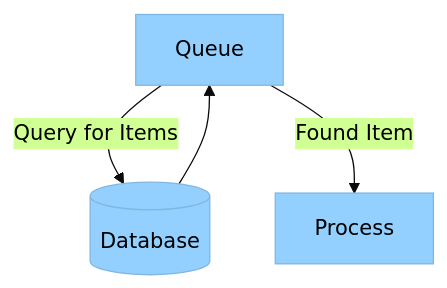
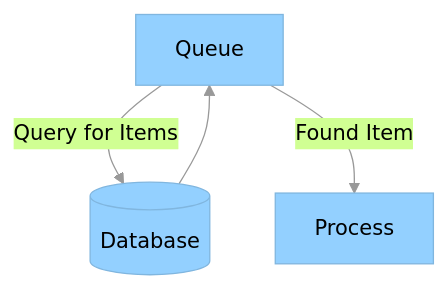
The first of 4 diagrams in README.md (borland/gh-mermaid-test), drawn with Mermaid before and after one commit.

Commit message:
Try force background color

````diff
--- a/README.md
+++ b/README.md
@@ -3,16 +3,16 @@
 ```mermaid
 %%{
   init: {
     'theme': 'base',
     'themeVariables': {
       'primaryColor': '#93D0FF',
       'primaryTextColor': '#000',
-      'background': '#f4f4f4'
+      'background': '#666'
     }
   }
 }%%
 flowchart TD;
     queue[Queue] -- Query for Items --> db[(Database)]
     db --> queue
     queue -- Found Item --> process[Process]
 ```
````
